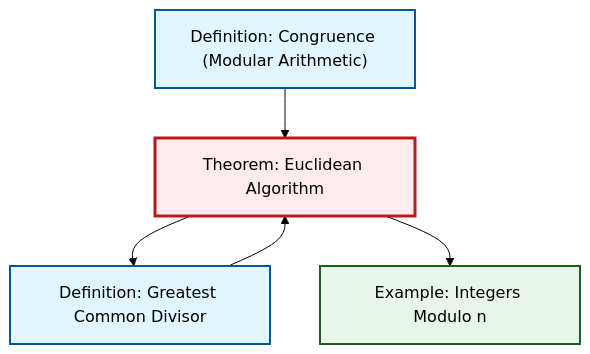
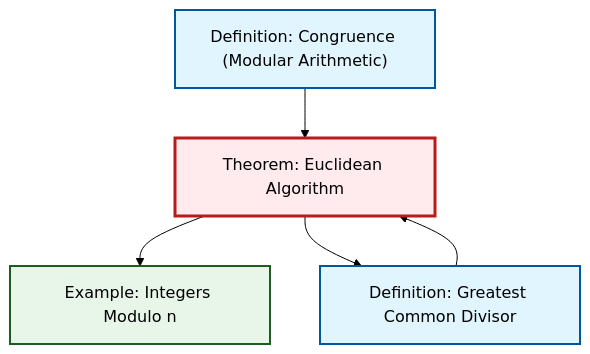
The second of 2 diagrams in content/ja/number-theory/thm-euclidean-algorithm.qmd (RK0429/ModernMath), drawn with Mermaid (forest theme) before and after one commit. The commit also changed other lines of this file and 474 other files, not shown here.

````diff
--- a/content/ja/number-theory/thm-euclidean-algorithm.qmd
+++ b/content/ja/number-theory/thm-euclidean-algorithm.qmd
@@ -95,21 +95,21 @@
 ```{mermaid}
 %%| fig-cap: "Local dependency graph"
 graph TD
     classDef definition fill:#e1f5fe,stroke:#01579b,stroke-width:2px
     classDef theorem fill:#f3e5f5,stroke:#4a148c,stroke-width:2px
     classDef axiom fill:#fff3e0,stroke:#e65100,stroke-width:2px
     classDef example fill:#e8f5e9,stroke:#1b5e20,stroke-width:2px
     classDef current fill:#ffebee,stroke:#b71c1c,stroke-width:3px
+    def-congruence["Definition: Congruence (Modular Arithmetic)"]:::definition
+    def-gcd["Definition: Greatest Common Divisor"]:::definition
+    ex-quotient-integers-mod-n["Example: Integers Modulo n"]:::example
     thm-euclidean-algorithm["Theorem: Euclidean Algorithm"]:::theorem
-    def-congruence["Definition: Congruence (Modular Arithmetic)"]:::definition
-    ex-quotient-integers-mod-n["Example: Integers Modulo n"]:::example
-    def-gcd["Definition: Greatest Common Divisor"]:::definition
+    thm-euclidean-algorithm --> ex-quotient-integers-mod-n
     thm-euclidean-algorithm --> def-gcd
-    thm-euclidean-algorithm --> ex-quotient-integers-mod-n
+    def-gcd --> thm-euclidean-algorithm
     def-congruence --> thm-euclidean-algorithm
-    def-gcd --> thm-euclidean-algorithm
     class thm-euclidean-algorithm current
     click def-congruence "def-congruence.html" "Definition: Congruence (Modular Arithmetic)へ"
+    click def-gcd "def-gcd.html" "Definition: Greatest Common Divisorへ"
     click ex-quotient-integers-mod-n "ex-quotient-integers-mod-n.html" "Example: Integers Modulo nへ"
-    click def-gcd "def-gcd.html" "Definition: Greatest Common Divisorへ"
 ```
````
